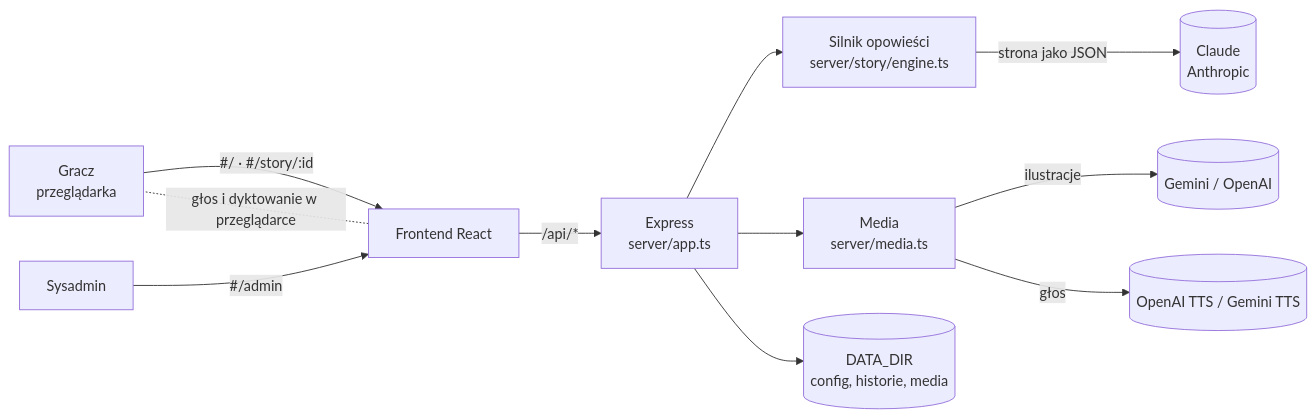
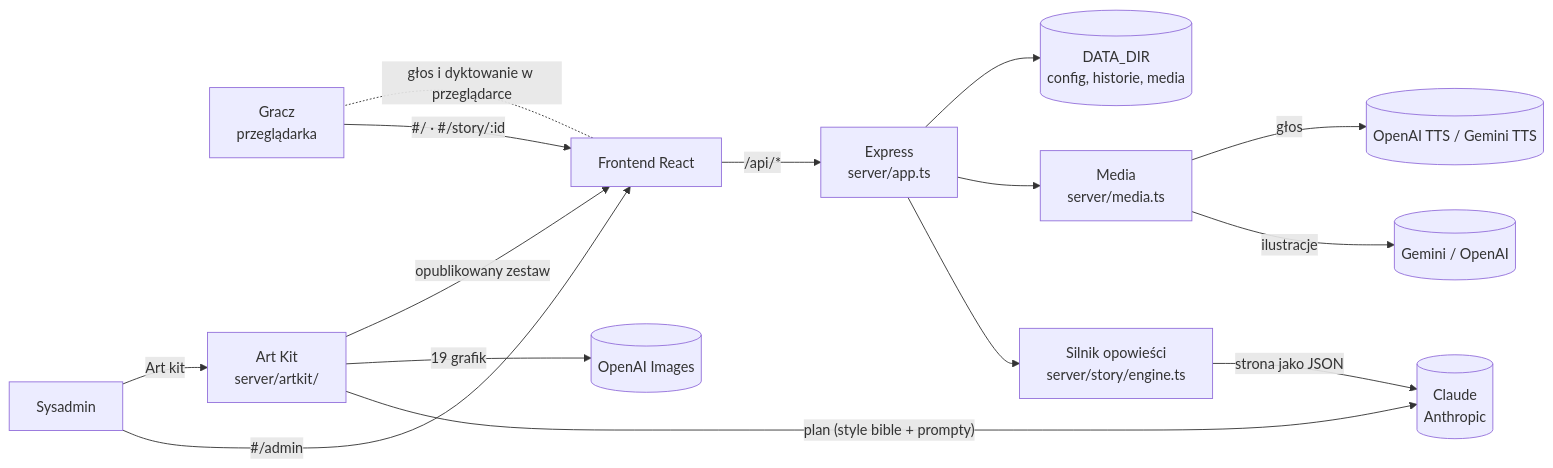
Before and after one commit to reception-ifairy/book: the first of 3 diagrams in docs/ARCHITEKTURA.md, drawn with Mermaid. The commit also changed other lines of this file and 24 other files, not shown here.

First line of the commit message:
Add the Art Kit: Claude art-directs, OpenAI paints the whole look (v4.2.0)

````diff
--- a/docs/ARCHITEKTURA.md
+++ b/docs/ARCHITEKTURA.md
@@ -7,13 +7,17 @@
 ```mermaid
 flowchart LR
   P[Gracz<br/>przeglądarka] -- "#/ · #/story/:id" --> FE[Frontend React]
   S[Sysadmin] -- "#/admin" --> FE
   FE -- "/api/*" --> API[Express<br/>server/app.ts]
   API --> ENG[Silnik opowieści<br/>server/story/engine.ts]
   ENG -- "strona jako JSON" --> CL[(Claude<br/>Anthropic)]
   API --> MED[Media<br/>server/media.ts]
   MED -- ilustracje --> GI[(Gemini / OpenAI)]
   MED -- głos --> TT[(OpenAI TTS / Gemini TTS)]
+  S -- "Art kit" --> AK[Art Kit<br/>server/artkit/]
+  AK -- "plan (style bible + prompty)" --> CL
+  AK -- "19 grafik" --> OI[(OpenAI Images)]
+  AK -- "opublikowany zestaw" --> FE
   API --> FS[(DATA_DIR<br/>config, historie, media)]
   FE -. "głos i dyktowanie w przeglądarce" .- P
 ```
````
